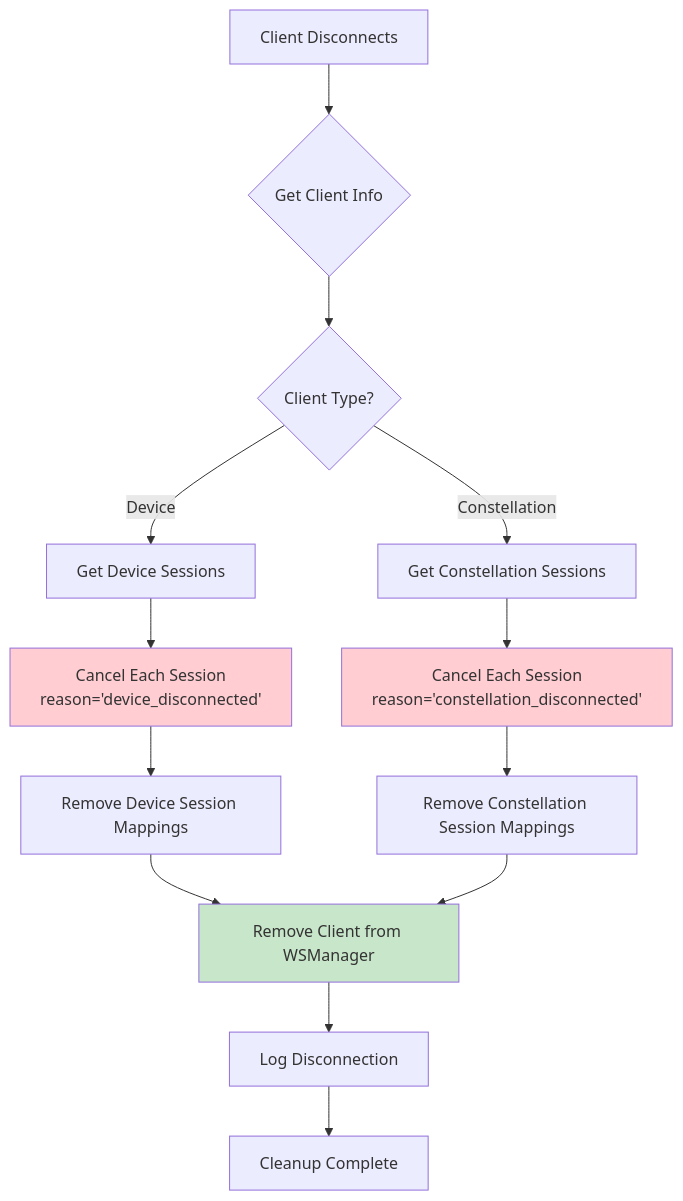
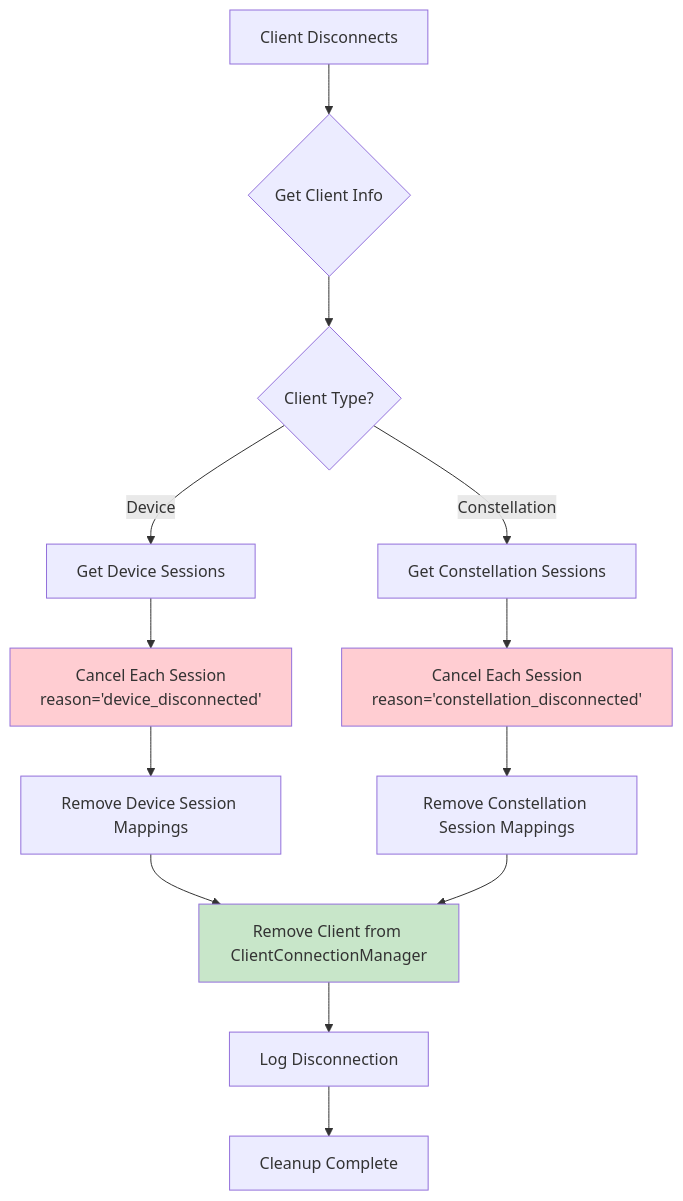
One commit to microsoft/UFO changed the seventh of 7 diagrams in documents/docs/server/websocket_handler.md. Above: the diagram before and after it, drawn with Mermaid. The commit also changed other lines of this file and 8 other files, not shown here.

````diff
--- a/documents/docs/server/websocket_handler.md
+++ b/documents/docs/server/websocket_handler.md
@@ -775,24 +775,24 @@
 ```mermaid
 graph TD
     A[Client Disconnects] --> B{Get Client Info}
     B --> C{Client Type?}
     
     C -->|Device| D[Get Device Sessions]
     C -->|Constellation| E[Get Constellation Sessions]
     
     D --> F[Cancel Each Session<br/>reason='device_disconnected']
     E --> G[Cancel Each Session<br/>reason='constellation_disconnected']
     
     F --> H[Remove Device Session Mappings]
     G --> I[Remove Constellation Session Mappings]
     
-    H --> J[Remove Client from WSManager]
+    H --> J[Remove Client from ClientConnectionManager]
     I --> J
     
     J --> K[Log Disconnection]
     K --> L[Cleanup Complete]
     
     style F fill:#ffcdd2
     style G fill:#ffcdd2
     style J fill:#c8e6c9
 ```
````
